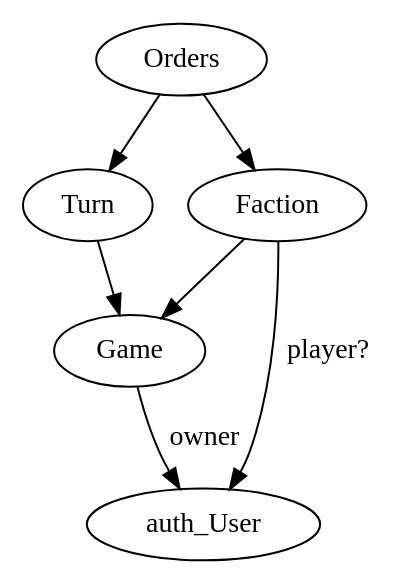
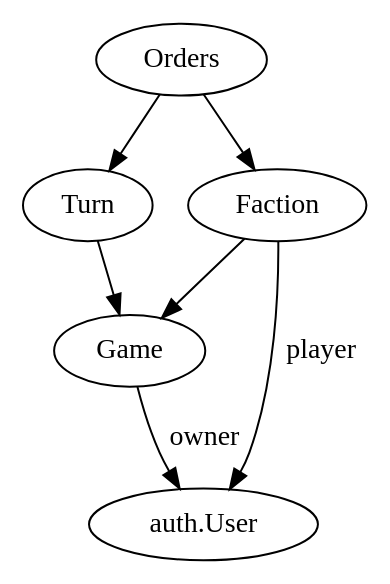
One commit to arsatiki/star-admiral changed the diagram in games/models.dot. Above: the diagram before and after it, drawn with Graphviz. The commit also changed 1 other file, not shown here.

Commit message:
Faction.user -> Faction.player

```diff
--- a/games/models.dot
+++ b/games/models.dot
@@ -1,8 +1,6 @@
 digraph game_models {
-Game -> auth_User [label="owner"];
+Game -> "auth.User" [label="owner"];
 Turn -> Game;
-Faction -> Game;
-Faction  -> auth_User [label="player?"];
-
+Faction -> Game; Faction  -> "auth.User" [label="player"];
 Orders -> Faction; Orders -> Turn;
 }
```
